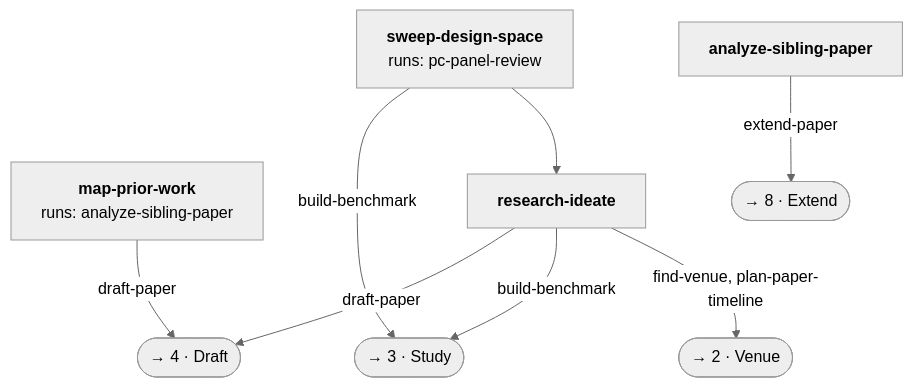
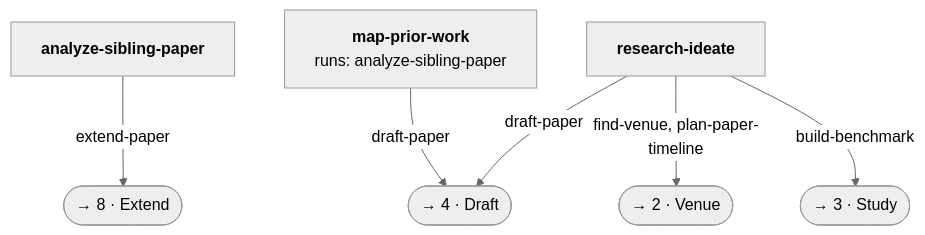
One commit to zernie/paperlint changed the second of 9 diagrams in docs/pipeline.md. Above: the diagram before and after it, drawn with Mermaid (neutral theme). The commit also changed other lines of this file and 15 other files, not shown here.

First line of the commit message:
refactor(skills)!: sweep-design-space leaves the package

````diff
--- a/docs/pipeline.md
+++ b/docs/pipeline.md
@@ -56,18 +56,15 @@
 ```mermaid
 flowchart TB
   analyze_sibling_paper["<b>analyze-sibling-paper</b>"]
   map_prior_work["<b>map-prior-work</b><br/>runs: analyze-sibling-paper"]
   research_ideate["<b>research-ideate</b>"]
-  sweep_design_space["<b>sweep-design-space</b><br/>runs: pc-panel-review"]
-  sweep_design_space --> research_ideate
   to_stage_extend(["→ 8 · Extend"])
   to_stage_draft(["→ 4 · Draft"])
   to_stage_venue(["→ 2 · Venue"])
   to_stage_study(["→ 3 · Study"])
   analyze_sibling_paper -- "extend-paper" --> to_stage_extend
   map_prior_work -- "draft-paper" --> to_stage_draft
   research_ideate -- "find-venue, plan-paper-timeline" --> to_stage_venue
   research_ideate -- "build-benchmark" --> to_stage_study
   research_ideate -- "draft-paper" --> to_stage_draft
-  sweep_design_space -- "build-benchmark" --> to_stage_study
 ```
````
